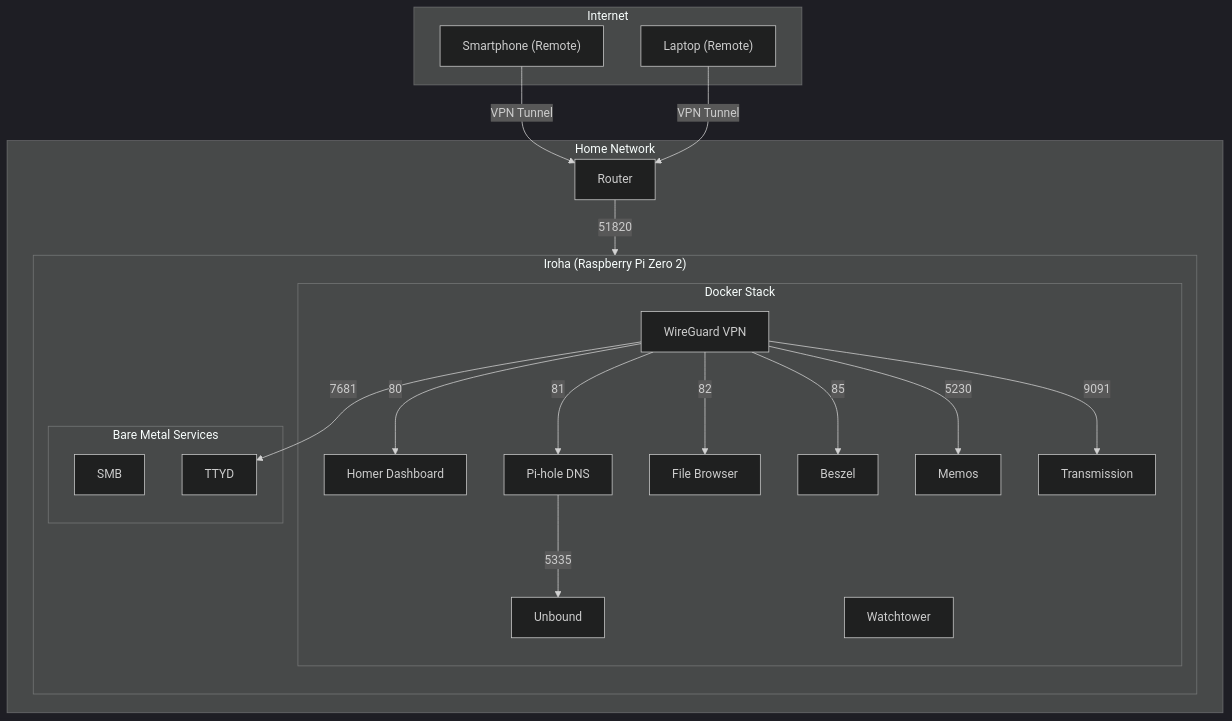
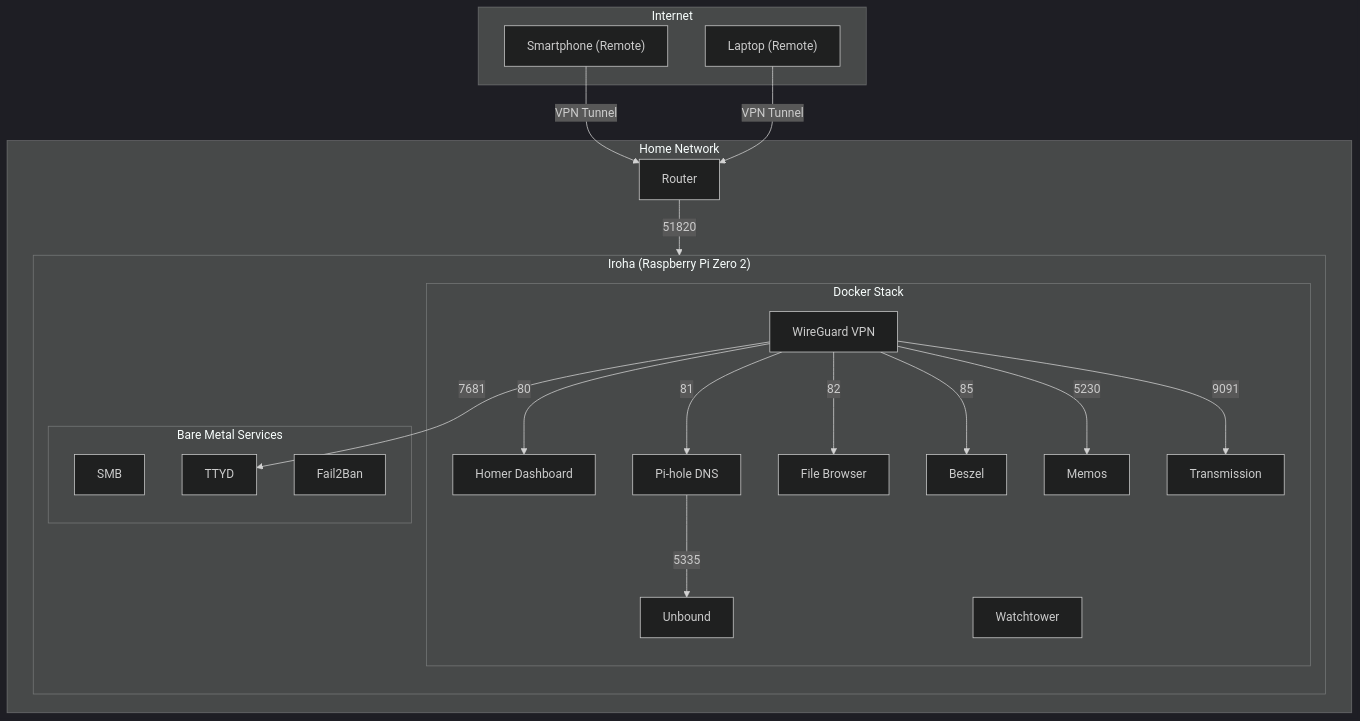
Before and after one commit to NishiyaKN/rpi: the diagram in README.md, drawn with Mermaid (dark theme). The commit also changed 1 other file, not shown here.

Commit message:
Backup: 2026-01-02 16:52:08

````diff
--- a/README.md
+++ b/README.md
@@ -22,48 +22,49 @@
 ```mermaid
 ---
 config:
   layout: dagre
 ---
 flowchart TB
  subgraph Internet["Internet"]
         Phone["Smartphone (Remote)"]
         Laptop["Laptop (Remote)"]
   end
  subgraph subGraph1["Docker Stack"]
         WG["WireGuard VPN"]
         HM["Homer Dashboard"]
         PH["️Pi-hole DNS"]
         UN["Unbound"]
         FB["File Browser"]
         TR["Transmission"]
         WT["Watchtower"]
         MM["Memos"]
         BZ["Beszel"]
 
   end
  subgraph subGraph2["Bare Metal Services"]
         SMB["SMB"]
         TTYD["TTYD"]
+        F2B["Fail2Ban"]
   end
  subgraph subGraph3["Iroha (Raspberry Pi Zero 2)"]
     direction TB
         subGraph1
         subGraph2
   end
  subgraph subGraph4["Home Network"]
         Router["Router"]
         subGraph3
   end
     Phone -- VPN Tunnel --> Router
     Laptop -- VPN Tunnel --> Router
     Router -- 51820 --> WG
     WG -- 80 --> HM
     WG -- 81 --> PH
     PH -- 5335 --> UN
     WG -- 82 --> FB
     WG -- 85 --> BZ
     WG -- 5230 --> MM
     WG -- 9091 --> TR
     WG -- 7681 --> TTYD
 
 ```
````
